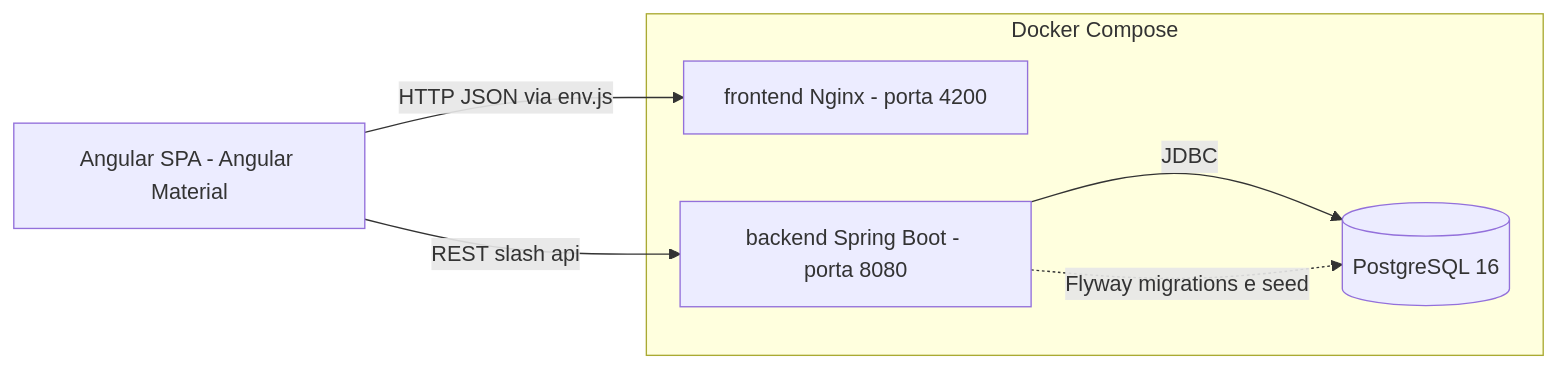
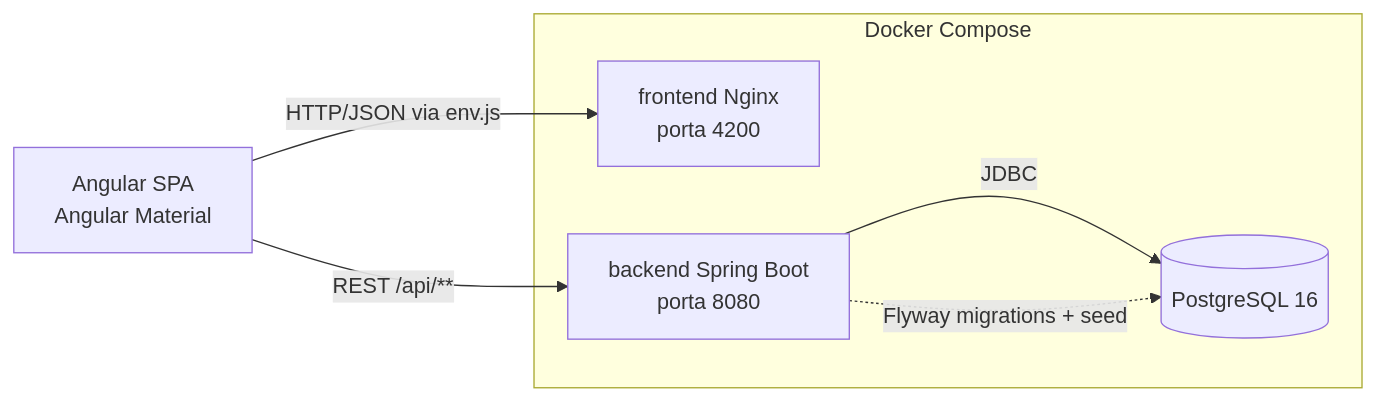
The first of 2 diagrams in docs/AGENT_GUIDE.md (prmatos91/chave-na-mao), drawn with Mermaid before and after one commit. The commit also changed other lines of this file and 25 other files, not shown here.

````diff
--- a/docs/AGENT_GUIDE.md
+++ b/docs/AGENT_GUIDE.md
@@ -17,15 +17,15 @@
 ```mermaid
 flowchart LR
-    UI[Angular SPA - Angular Material]
+    UI["Angular SPA<br/>Angular Material"]
 
-    subgraph compose[Docker Compose]
-        FE[frontend Nginx - porta 4200]
-        BE[backend Spring Boot - porta 8080]
+    subgraph compose["Docker Compose"]
+        FE["frontend Nginx<br/>porta 4200"]
+        BE["backend Spring Boot<br/>porta 8080"]
         DB[(PostgreSQL 16)]
     end
 
-    UI -->|HTTP JSON via env.js| FE
-    UI -->|REST slash api| BE
+    UI -->|"HTTP/JSON via env.js"| FE
+    UI -->|"REST /api/**"| BE
     BE -->|JDBC| DB
-    BE -.->|Flyway migrations e seed| DB
+    BE -.->|"Flyway migrations + seed"| DB
 ```
````
